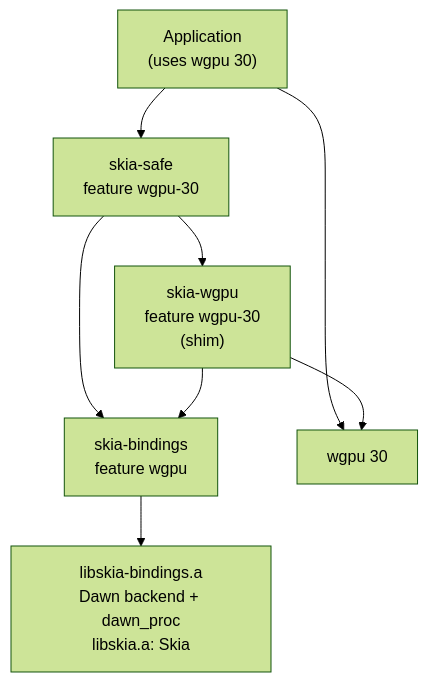
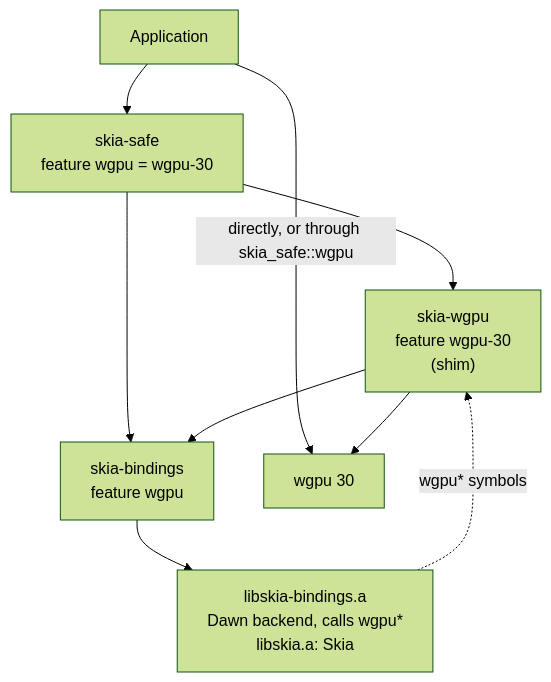
The first of 5 diagrams in docs/wgpu-backend-architecture.md (rust-skia/rust-skia), drawn with Mermaid (forest theme) before and after one commit. The commit also changed other lines of this file and 2 other files, not shown here.

Commit message:
docs: Split the WebGPU function exports into ADR 0004, and record skia-safe's wgpu API and the pending-map leak

````diff
--- a/docs/wgpu-backend-architecture.md
+++ b/docs/wgpu-backend-architecture.md
@@ -23,17 +31,18 @@
 ```mermaid
 flowchart TD
-    app["Application<br/>(uses wgpu 30)"]
-    safe["skia-safe<br/>feature wgpu-30"]
+    app["Application"]
+    safe["skia-safe<br/>feature wgpu = wgpu-30"]
     shim["skia-wgpu<br/>feature wgpu-30<br/>(shim)"]
     bindings["skia-bindings<br/>feature wgpu"]
-    libskia["libskia-bindings.a<br/>Dawn backend + dawn_proc<br/>libskia.a: Skia"]
+    libskia["libskia-bindings.a<br/>Dawn backend, calls wgpu*<br/>libskia.a: Skia"]
     wgpu["wgpu 30"]
 
     app --> safe
-    app --> wgpu
+    app -->|"directly, or through skia_safe::wgpu"| wgpu
     safe --> shim
     safe --> bindings
     shim --> bindings
     shim --> wgpu
     bindings --> libskia
+    libskia -. "wgpu* symbols" .-> shim
 ```
````
